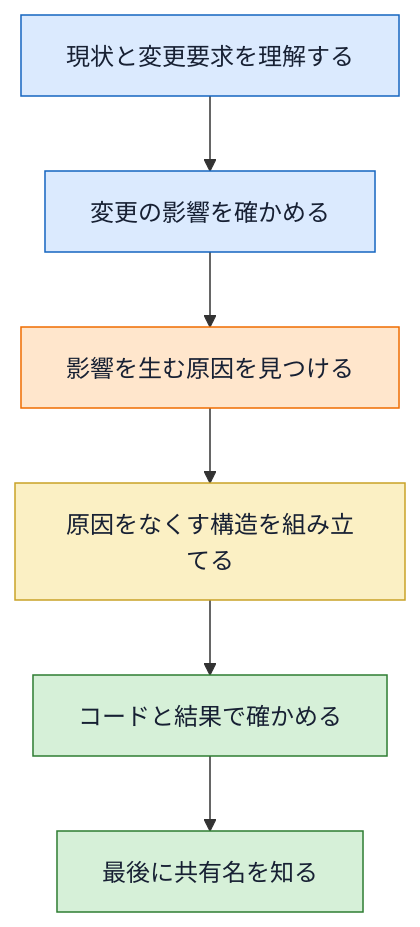
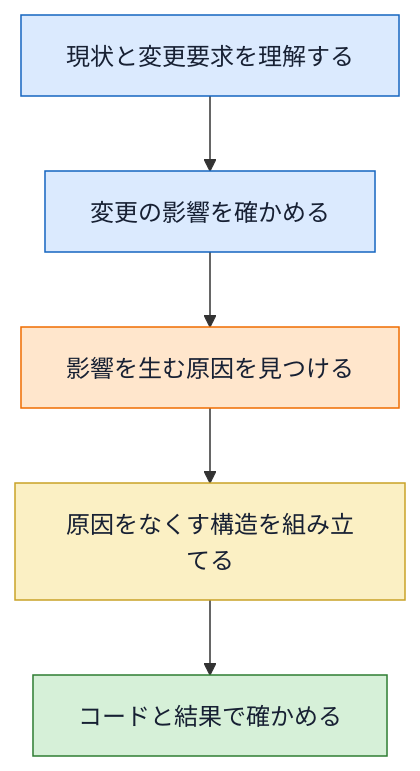
The first of 3 diagrams in kindle/design-patterns/books/volume01-core-patterns/output/01-preface.md (kumachan1101-pixel/DesignPattern), drawn with Mermaid before and after one commit. The commit also changed other lines of this file and 26 other files, not shown here.

````diff
--- a/kindle/design-patterns/books/volume01-core-patterns/output/01-preface.md
+++ b/kindle/design-patterns/books/volume01-core-patterns/output/01-preface.md
@@ -62,20 +65,19 @@
 ```mermaid
 flowchart TB
     NOW["現状と変更要求を理解する"]
     PAIN["変更の影響を確かめる"]
     CAUSE["影響を生む原因を見つける"]
     DESIGN["原因をなくす構造を組み立てる"]
     CHECK["コードと結果で確かめる"]
-    NAME["最後に共有名を知る"]
 
-    NOW --> PAIN --> CAUSE --> DESIGN --> CHECK --> NAME
+    NOW --> PAIN --> CAUSE --> DESIGN --> CHECK
 
     classDef observe fill:#dbeafe,stroke:#1565c0,color:#172033;
     classDef analyze fill:#ffe6cc,stroke:#ef6c00,color:#172033;
     classDef design fill:#fbf0c4,stroke:#c9a227,color:#172033;
     classDef verify fill:#d6f0d8,stroke:#2e7d32,color:#172033;
     class NOW,PAIN observe;
     class CAUSE analyze;
     class DESIGN design;
-    class CHECK,NAME verify;
+    class CHECK verify;
 ```
````
